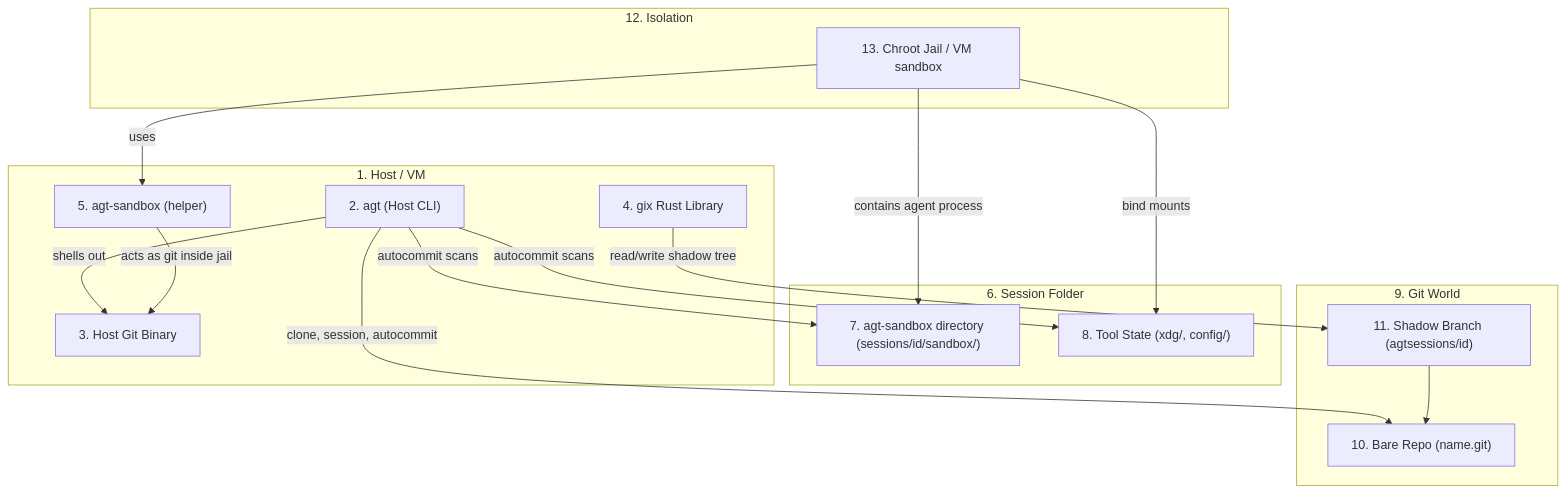
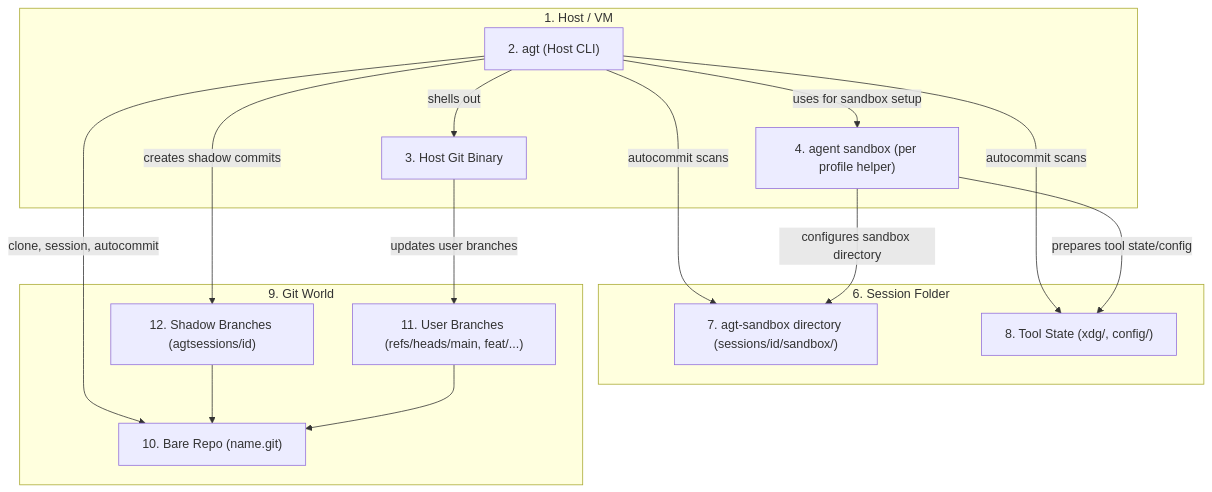
One commit to simbo1905/agt changed the first of 9 diagrams in DESIGN_20260104.md. Above: the diagram before and after it, drawn with Mermaid. The commit also changed other lines of this file, not shown here.

````diff
--- a/DESIGN_20260104.md
+++ b/DESIGN_20260104.md
@@ -161,36 +161,33 @@
 ```mermaid
 flowchart TB
     subgraph HostVM[1. Host / VM]
         A1["2. agt (Host CLI)"]
         A2["3. Host Git Binary"]
-        A3["4. gix Rust Library"]
-        A4["5. agt-sandbox (helper)"]
+        A4["4. agent sandbox (per profile helper)"]
     end
 
     subgraph SessionFolder[6. Session Folder]
         B1["7. agt-sandbox directory (sessions/id/sandbox/)"]
         B2["8. Tool State (xdg/, config/)"]
     end
 
     subgraph GitWorld[9. Git World]
         C1["10. Bare Repo (name.git)"]
-        C2["11. Shadow Branch (agtsessions/id)"]
-    end
-
-    subgraph Isolation[12. Isolation]
-        D1["13. Chroot Jail / VM sandbox"]
+        C2["11. User Branches (refs/heads/main, feat/...)"]
+        C3["12. Shadow Branches (agtsessions/id)"]
     end
 
     A1 -- "clone, session, autocommit" --> C1
     A1 -- "autocommit scans" --> B1
     A1 -- "autocommit scans" --> B2
-    A3 -- "read/write shadow tree" --> C2
+    A1 -- "creates shadow commits" --> C3
+    C3 --> C1
+
+    A2 -- "updates user branches" --> C2
     C2 --> C1
 
     A1 -- "shells out" --> A2
-    D1 -- "contains agent process" --> B1
-    D1 -- "bind mounts" --> B2
-
-    A4 -- "acts as git inside jail" --> A2
-    D1 -- "uses" --> A4
+    A1 -- "uses for sandbox setup" --> A4
+    A4 -- "configures sandbox directory" --> B1
+    A4 -- "prepares tool state/config" --> B2
 ```
````
